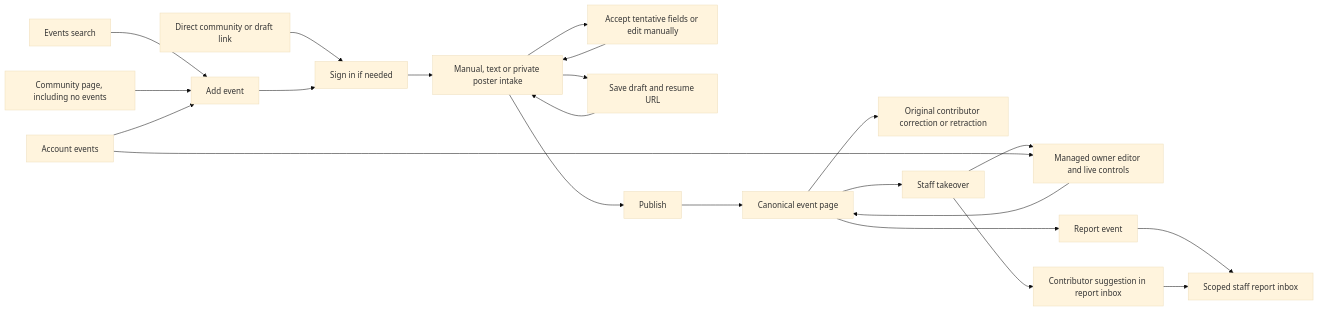
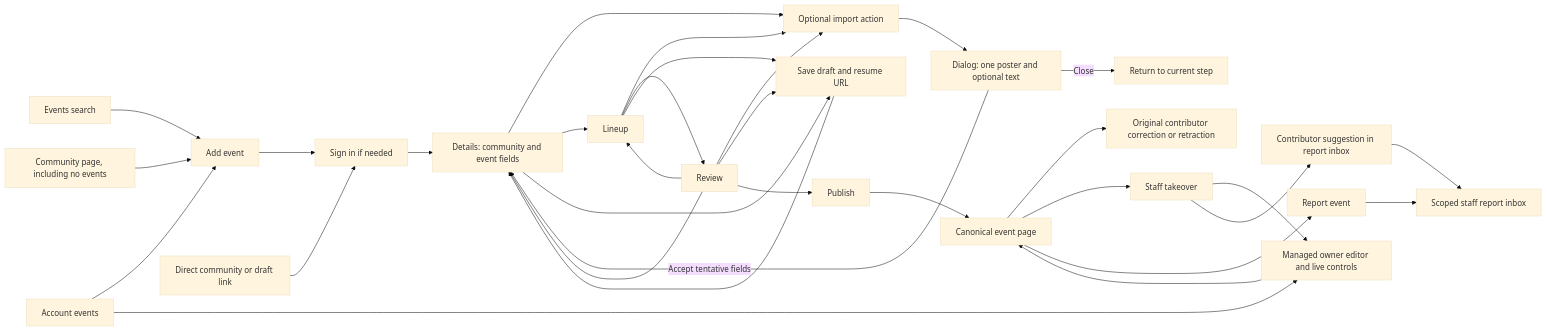
Before and after one commit to BASIC-BIT/VRDex: the diagram in docs/engineering/event-contribution-browser.md, drawn with Mermaid (base theme). The commit also changed other lines of this file and 31 other files, not shown here.

Commit message:
feat(events): support optional staff end times in event wizard

````diff
--- a/docs/engineering/event-contribution-browser.md
+++ b/docs/engineering/event-contribution-browser.md
@@ -8,24 +8,34 @@
 ```mermaid
 flowchart LR
     Search[Events search] --> Add[Add event]
     Community[Community page, including no events] --> Add
     Account[Account events] --> Add
     Direct[Direct community or draft link] --> Auth[Sign in if needed]
     Add --> Auth
-    Auth --> Intake[Manual, text or private poster intake]
-    Intake --> Review[Accept tentative fields or edit manually]
-    Review --> Intake
-    Intake --> Save[Save draft and resume URL]
-    Save --> Intake
-    Intake --> Publish[Publish]
+    Auth --> Details[Details: community and event fields]
+    Details --> Import[Optional import action]
+    Lineup --> Import
+    Review --> Import
+    Import --> Modal[Dialog: one poster and optional text]
+    Modal -->|Accept tentative fields| Details
+    Modal -->|Close| Current[Return to current step]
+    Details --> Lineup[Lineup]
+    Lineup --> Review[Review]
+    Review --> Details
+    Review --> Lineup
+    Details --> Save[Save draft and resume URL]
+    Lineup --> Save
+    Review --> Save
+    Save --> Details
+    Review --> Publish[Publish]
     Publish --> Event[Canonical event page]
     Event --> Correct[Original contributor correction or retraction]
     Event --> Staff[Staff takeover]
     Staff --> Owner
     Staff --> Suggest[Contributor suggestion in report inbox]
     Event --> Report[Report event]
     Report --> Inbox[Scoped staff report inbox]
     Suggest --> Inbox
     Account --> Owner[Managed owner editor and live controls]
     Owner --> Event
 ```
````
